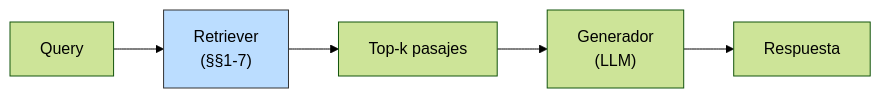
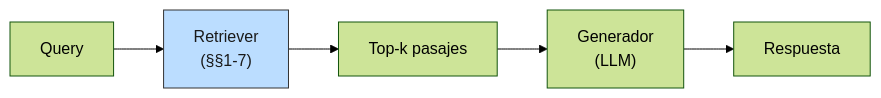
Before and after one commit to Alonsomar/estudio-personal: the diagram in 02-retrieval/theory/08-evaluacion-retrieval.md, drawn with Mermaid (forest theme). The commit also changed 20 other files, not shown here.

First line of the commit message:
fix(docs): texto oscuro en nodos Mermaid para legibilidad en modo oscuro

````diff
--- a/02-retrieval/theory/08-evaluacion-retrieval.md
+++ b/02-retrieval/theory/08-evaluacion-retrieval.md
@@ -12,9 +12,9 @@
 ```mermaid
 graph LR
     Q["Query"] --> RT["Retriever<br/>(§§1-7)"]
     RT --> CTX["Top-k pasajes"]
     CTX --> GEN["Generador<br/>(LLM)"]
     GEN --> A["Respuesta"]
 
-    style RT fill:#bdf,stroke:#333
+    style RT fill:#bdf,stroke:#333,color:#1a1a1a
 ```
````
